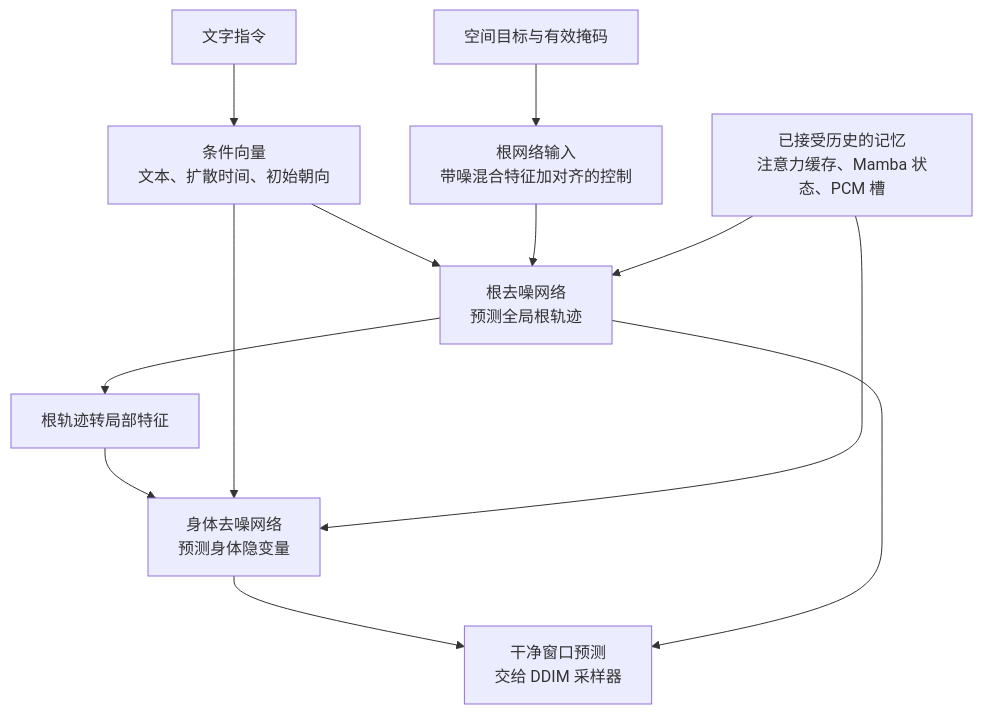
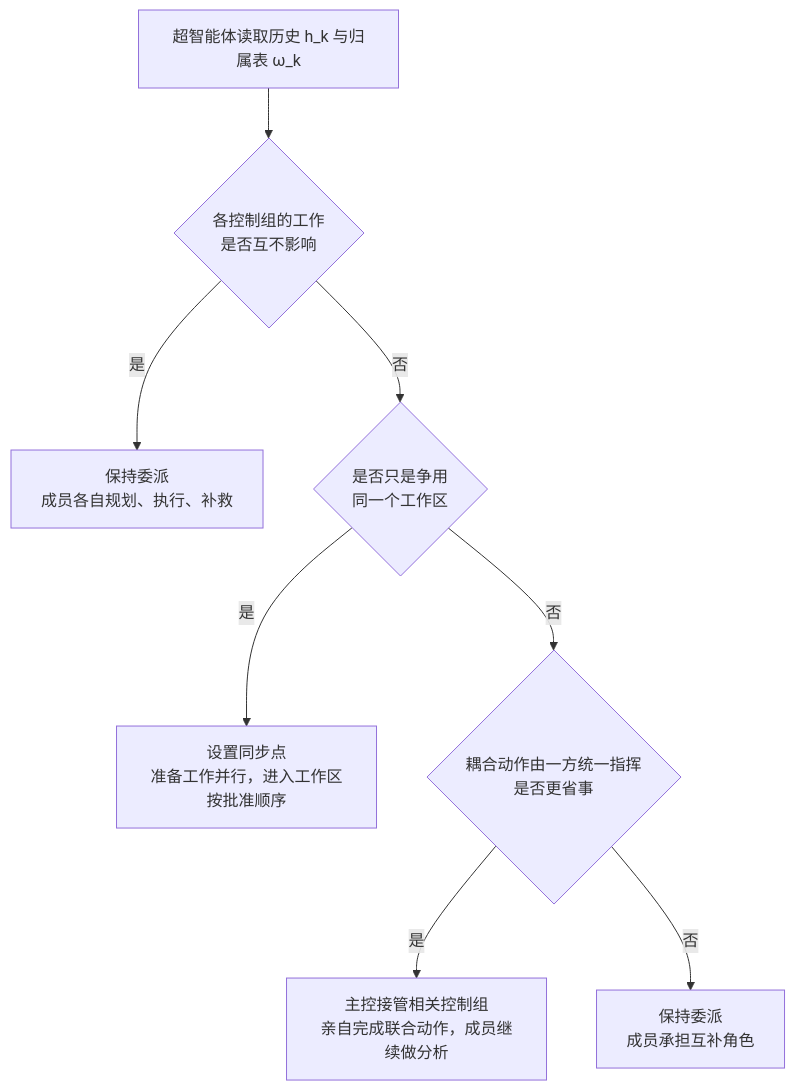
One commit to yingwang/paper-reads changed the second of 5 diagrams in docs/index.md. Above: the diagram before and after it, drawn with Mermaid. The commit also changed other lines of this file and 2 other files, not shown here.

````diff
--- a/docs/index.md
+++ b/docs/index.md
@@ -95,14 +123,10 @@
 ```mermaid
-flowchart TB
-    T["文字指令"] --> COND["条件向量<br/>文本、扩散时间、初始朝向"]
-    G["空间目标与有效掩码"] --> RIN["根网络输入<br/>带噪混合特征加对齐的控制"]
-    COND --> ROOT["根去噪网络<br/>预测全局根轨迹"]
-    RIN --> ROOT
-    ROOT --> LOC["根轨迹转局部特征"]
-    LOC --> BODY["身体去噪网络<br/>预测身体隐变量"]
-    COND --> BODY
-    MEM["已接受历史的记忆<br/>注意力缓存、Mamba 状态、PCM 槽"] --> ROOT
-    MEM --> BODY
-    BODY --> X["干净窗口预测<br/>交给 DDIM 采样器"]
-    ROOT --> X
+flowchart TD
+    Q["超智能体读取历史 h_k 与归属表 ω_k"] --> D1{"各控制组的工作<br/>是否互不影响"}
+    D1 -- 是 --> P1["保持委派<br/>成员各自规划、执行、补救"]
+    D1 -- 否 --> D2{"是否只是争用<br/>同一个工作区"}
+    D2 -- 是 --> P2["设置同步点<br/>准备工作并行，进入工作区按批准顺序"]
+    D2 -- 否 --> D3{"耦合动作由一方统一指挥<br/>是否更省事"}
+    D3 -- 是 --> P3["主控接管相关控制组<br/>亲自完成联合动作，成员继续做分析"]
+    D3 -- 否 --> P4["保持委派<br/>成员承担互补角色"]
 ```
````
